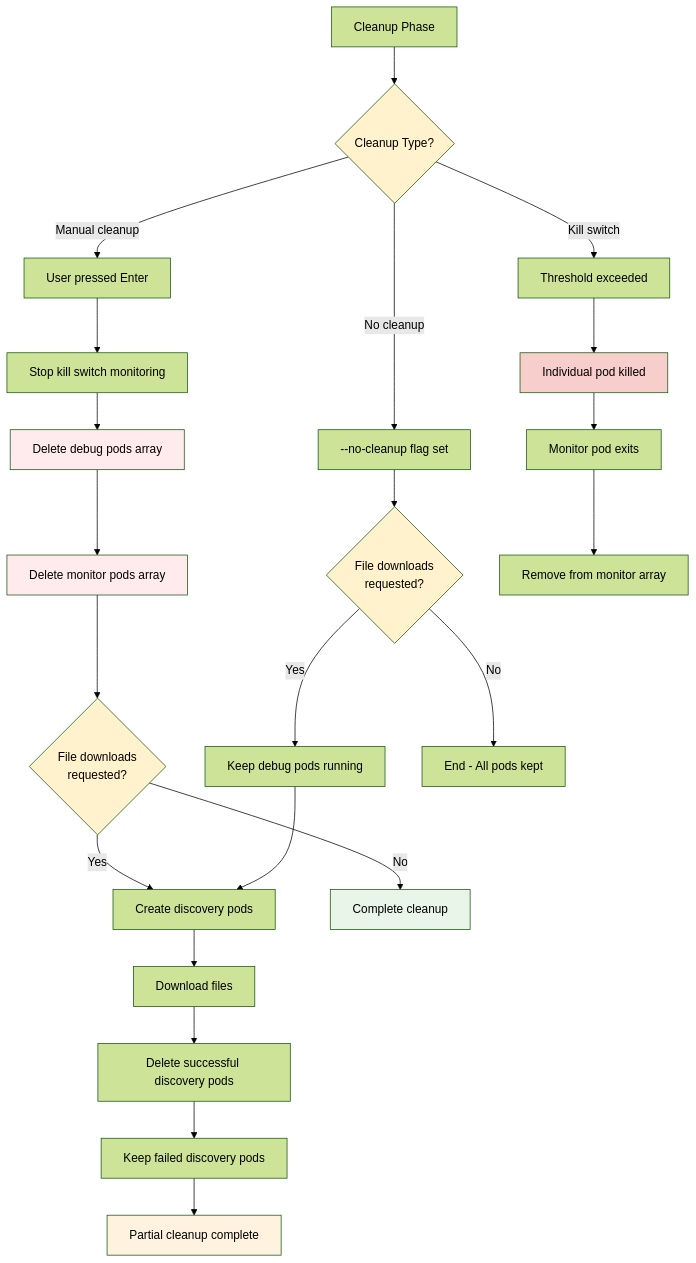
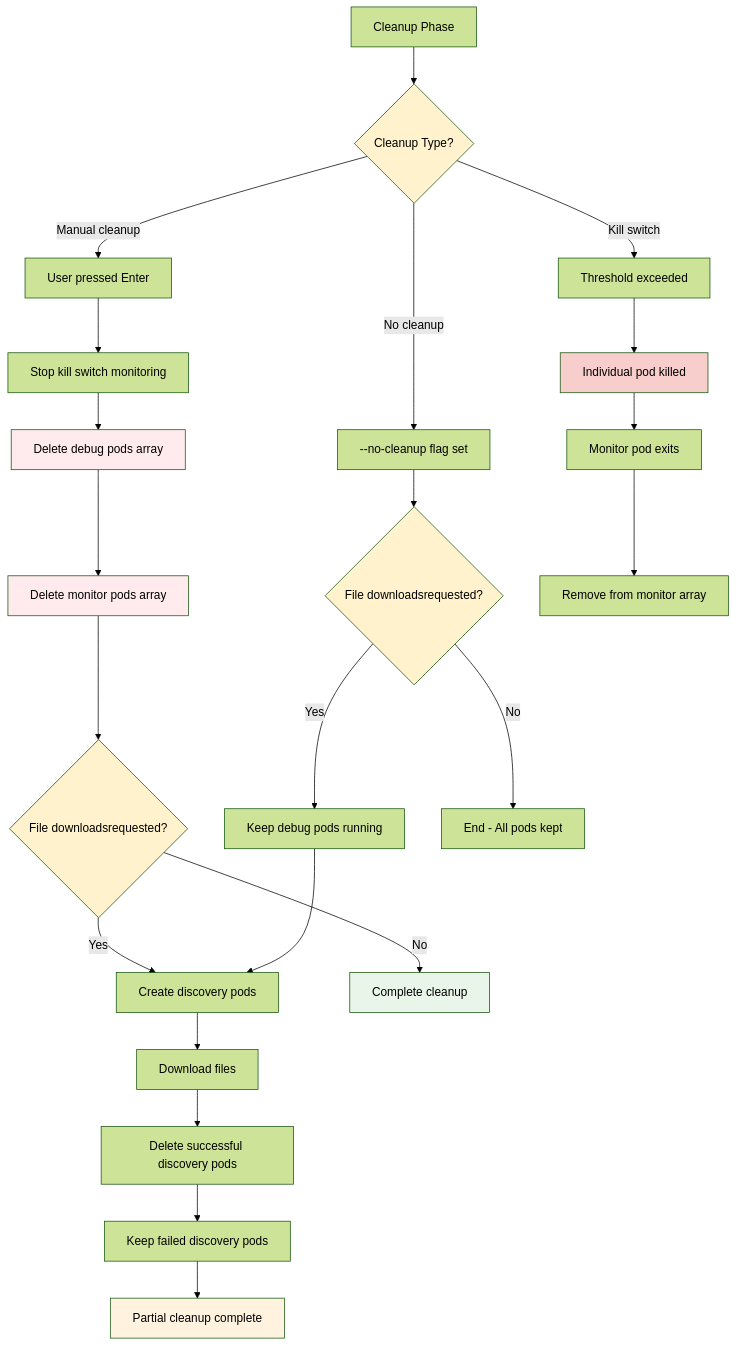
Before and after one commit to 8-cm/kube-dump: the seventh of 7 diagrams in docs/pod-lifecycle-management.md, drawn with Mermaid (forest theme). The commit also changed other lines of this file and 4 other files, not shown here.

First line of the commit message:
fix: Resolve Mermaid diagram rendering issues for GitHub compatibility

````diff
--- a/docs/pod-lifecycle-management.md
+++ b/docs/pod-lifecycle-management.md
@@ -227,38 +227,38 @@
 ```mermaid
 graph TD
     A[Cleanup Phase] --> B{Cleanup Type?}
     B -->|Manual cleanup| C[User pressed Enter]
     B -->|No cleanup| D[--no-cleanup flag set]
     B -->|Kill switch| E[Threshold exceeded]
     
     C --> F[Stop kill switch monitoring]
     F --> G[Delete debug pods array]
     G --> H[Delete monitor pods array]
-    H --> I{File downloads<br/>requested?}
+    H --> I{File downloadsrequested?}
     
-    D --> J{File downloads<br/>requested?}
+    D --> J{File downloadsrequested?}
     J -->|Yes| K[Keep debug pods running]
     J -->|No| L[End - All pods kept]
     
     E --> M[Individual pod killed]
     M --> N[Monitor pod exits]
     N --> O[Remove from monitor array]
     
     I -->|Yes| P[Create discovery pods]
     I -->|No| Q[Complete cleanup]
     
     K --> P
     P --> R[Download files]
     R --> S[Delete successful discovery pods]
     S --> T[Keep failed discovery pods]
     T --> U[Partial cleanup complete]
     
     style B fill:#fff2cc
     style I fill:#fff2cc
     style J fill:#fff2cc
     style G fill:#ffebee
     style H fill:#ffebee
     style M fill:#f8cecc
     style Q fill:#e8f5e8
     style U fill:#fff3e0
 ```
````
